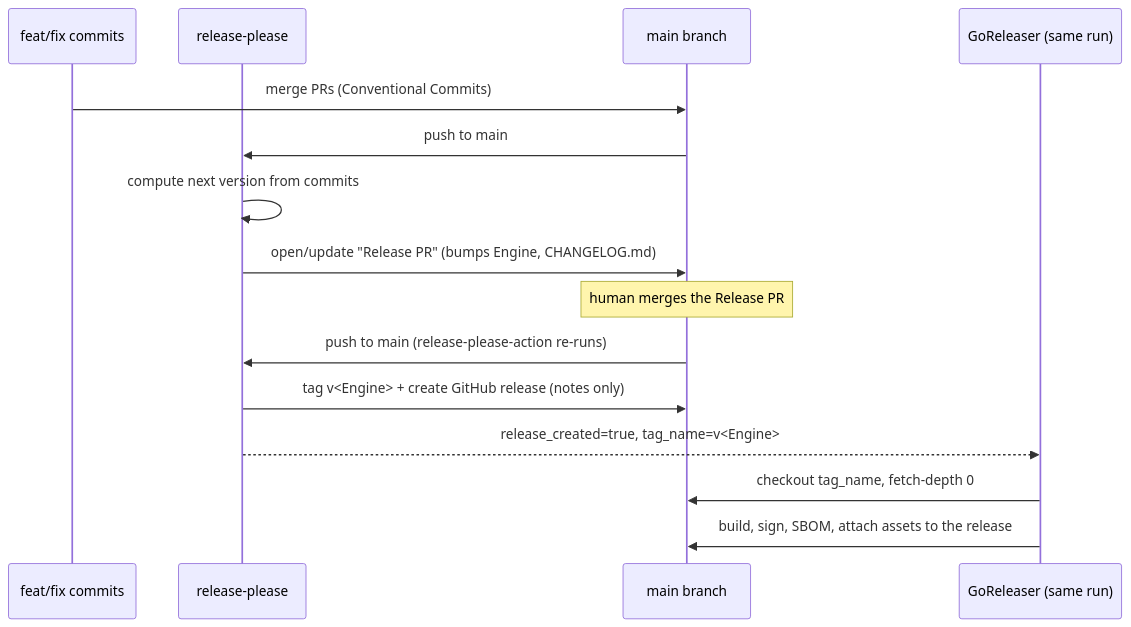
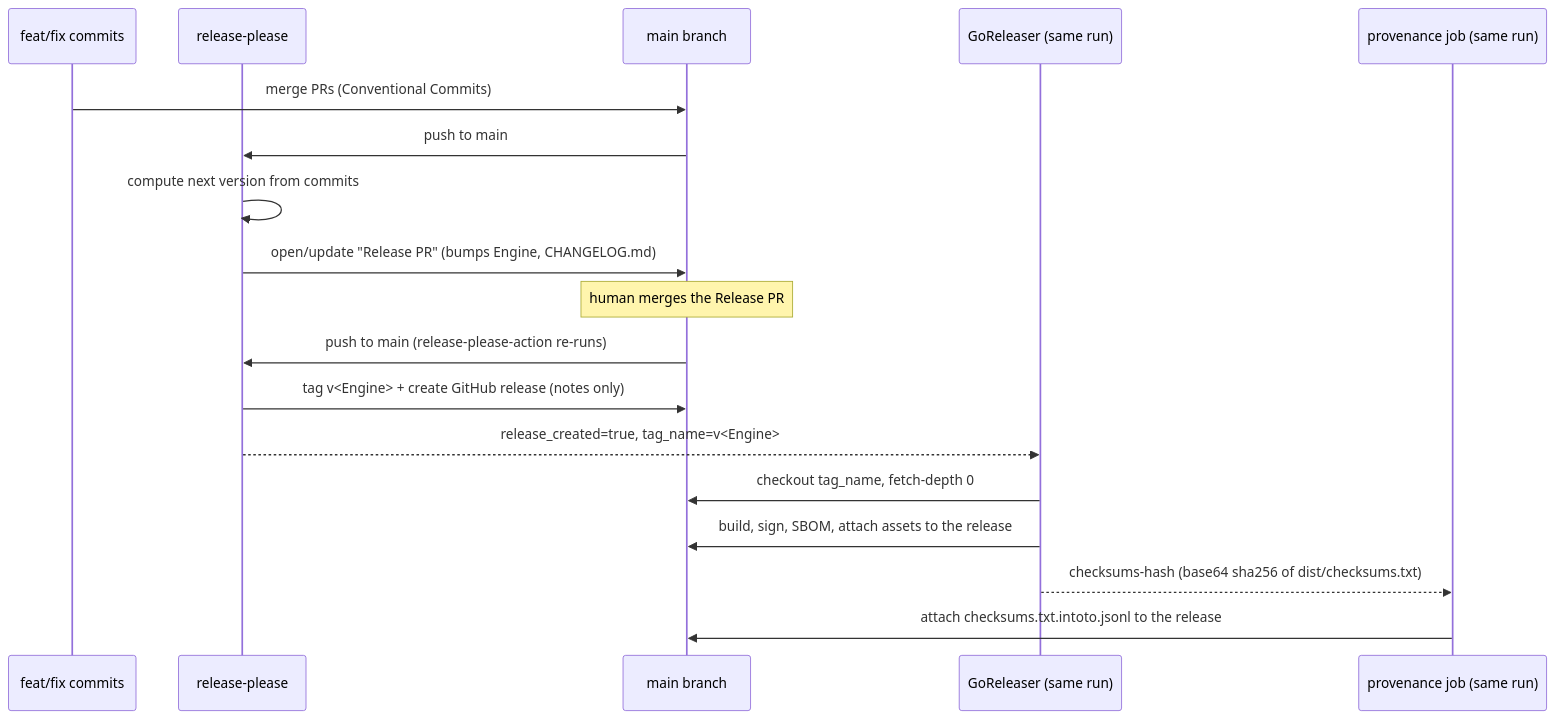
One commit to koryph/koryph changed the diagram in docs/developer-guide/releasing.md. Above: the diagram before and after it, drawn with Mermaid. The commit also changed other lines of this file and 1 other file, not shown here.

First line of the commit message:
ci(release): add SLSA Build L3 provenance job via slsa-github-generator

````diff
--- a/docs/developer-guide/releasing.md
+++ b/docs/developer-guide/releasing.md
@@ -27,17 +27,20 @@
 ```mermaid
 sequenceDiagram
     participant Dev as feat/fix commits
     participant RP as release-please
     participant Repo as main branch
     participant GR as GoReleaser (same run)
+    participant SLSA as provenance job (same run)
     Dev->>Repo: merge PRs (Conventional Commits)
     Repo->>RP: push to main
     RP->>RP: compute next version from commits
     RP->>Repo: open/update "Release PR" (bumps Engine, CHANGELOG.md)
     Note over Repo: human merges the Release PR
     Repo->>RP: push to main (release-please-action re-runs)
     RP->>Repo: tag v<Engine> + create GitHub release (notes only)
     RP-->>GR: release_created=true, tag_name=v<Engine>
     GR->>Repo: checkout tag_name, fetch-depth 0
     GR->>Repo: build, sign, SBOM, attach assets to the release
+    GR-->>SLSA: checksums-hash (base64 sha256 of dist/checksums.txt)
+    SLSA->>Repo: attach checksums.txt.intoto.jsonl to the release
 ```
````
